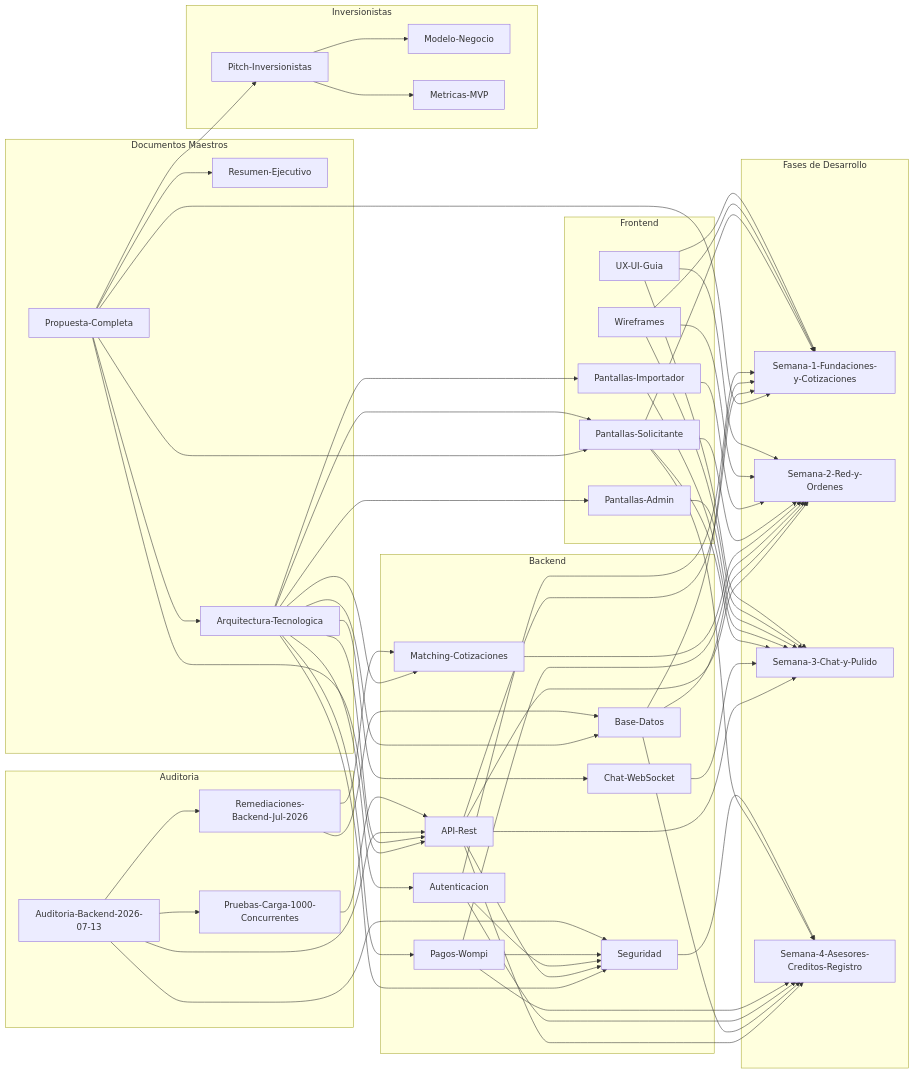
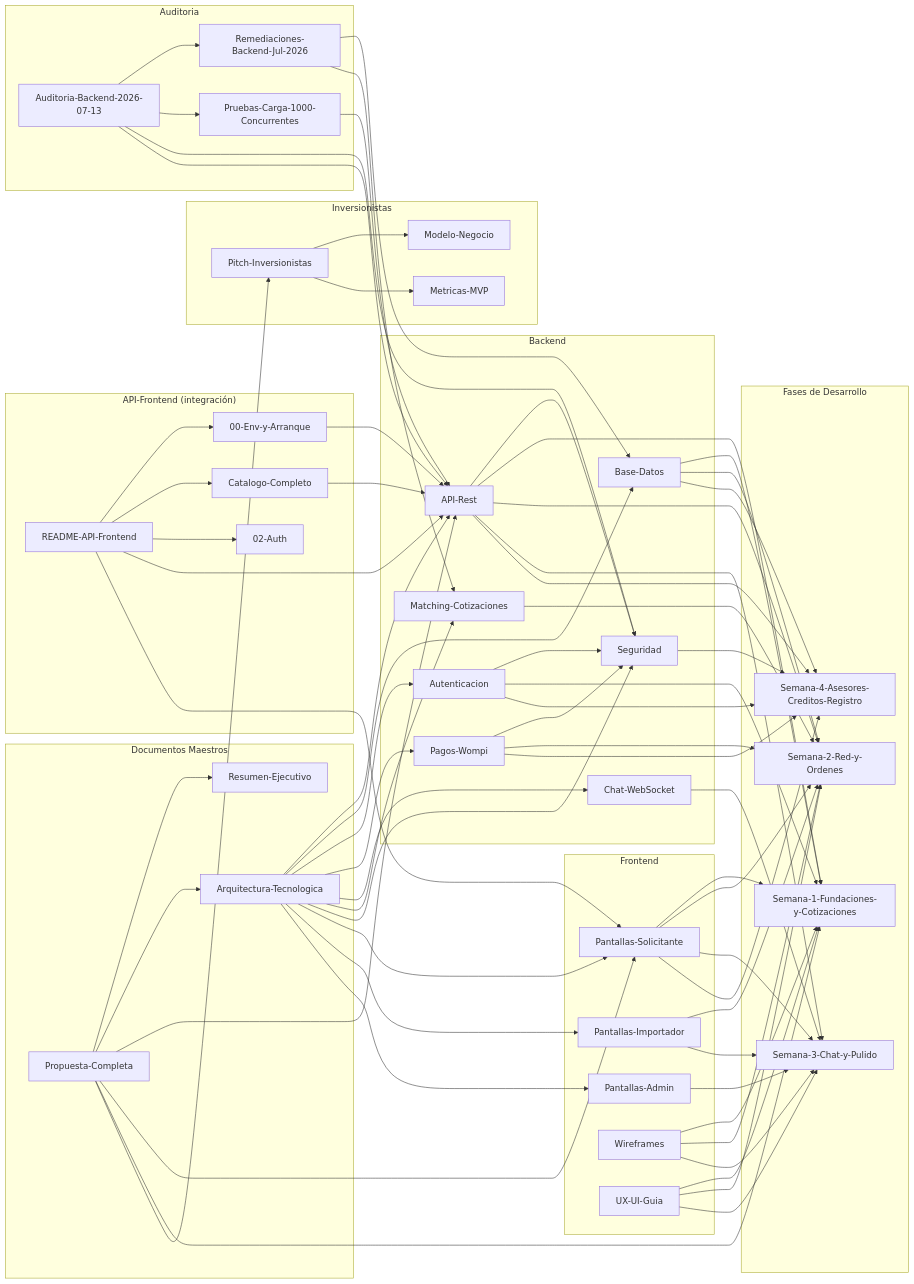
Before and after one commit to JuanEstebanAstaiza/ImportacionesQ8: the first of 9 diagrams in ImportacionesQ8V/00-Index-y-Navegacion/Mapa-Conexiones-Obsidian.md, drawn with Mermaid. The commit also changed 27 other files, not shown here.

First line of the commit message:
Add API-Frontend integration details and update documentation

```diff
--- a/ImportacionesQ8V/00-Index-y-Navegacion/Mapa-Conexiones-Obsidian.md
+++ b/ImportacionesQ8V/00-Index-y-Navegacion/Mapa-Conexiones-Obsidian.md
@@ -26,6 +26,13 @@
         L[Pantallas-Admin]
         M[Wireframes]
         N[UX-UI-Guia]
+    end
+
+    subgraph APIFrontend["API-Frontend (integración)"]
+        APIR[README-API-Frontend]
+        APIENV[00-Env-y-Arranque]
+        APICAT[Catalogo-Completo]
+        APIAUTH[02-Auth]
     end
 
     subgraph Fases["Fases de Desarrollo"]
@@ -58,6 +65,14 @@
     C --> E
     C --> F
     C --> G
+
+    APIR --> APIENV
+    APIR --> APICAT
+    APIR --> APIAUTH
+    APIR --> D
+    APIR --> J
+    APIENV --> D
+    APICAT --> D
     C --> H
     C --> I
     C --> U
```
